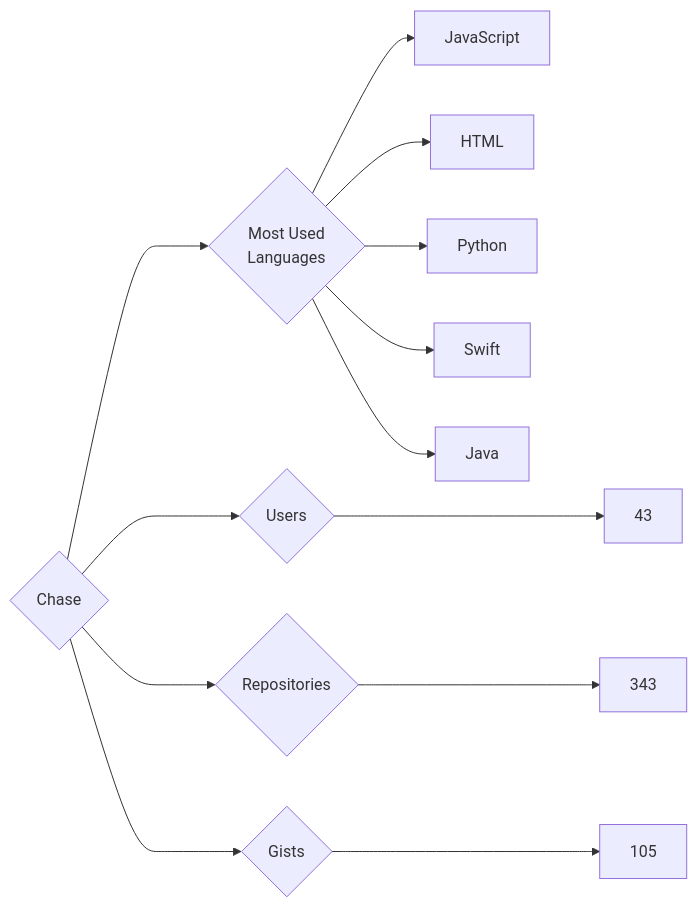
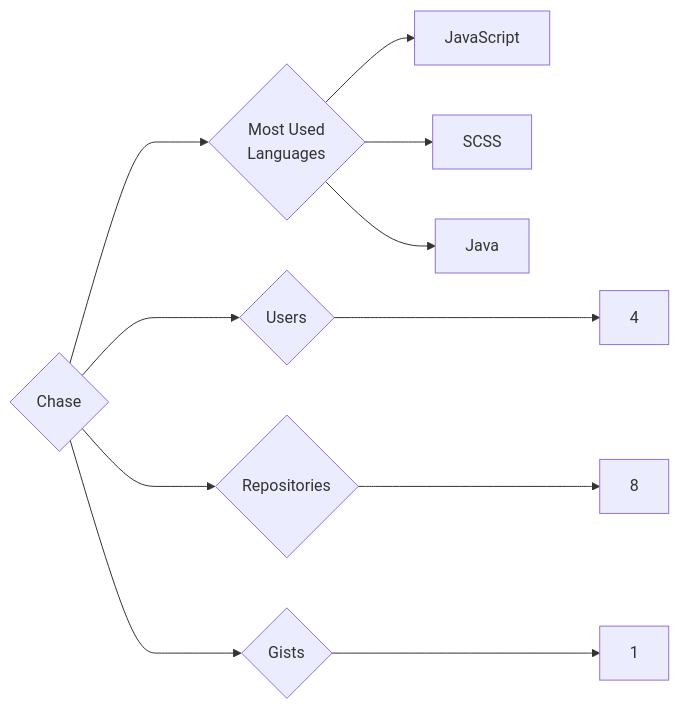
Before and after one commit to trickest/insiders: the diagram in targets/Chase/README.md, drawn with Mermaid. The commit also changed 723 other files, not shown here.

````diff
--- a/targets/Chase/README.md
+++ b/targets/Chase/README.md
@@ -3,13 +3,11 @@
 ```mermaid
 graph LR
 COMPANY_NAME{Chase}
-COMPANY_NAME ---> U{Users} ---> UN[43]
-COMPANY_NAME ---> R{Repositories} ---> RN[343]
-COMPANY_NAME ---> G{Gists} ---> GN[105]
+COMPANY_NAME ---> U{Users} ---> UN[4]
+COMPANY_NAME ---> R{Repositories} ---> RN[8]
+COMPANY_NAME ---> G{Gists} ---> GN[1]
 COMPANY_NAME ---> ML{Most Used<br>Languages}
 ML --> JavaScript[JavaScript]
-ML --> HTML[HTML]
-ML --> Python[Python]
-ML --> Swift[Swift]
+ML --> SCSS[SCSS]
 ML --> Java[Java]
 ```
````
